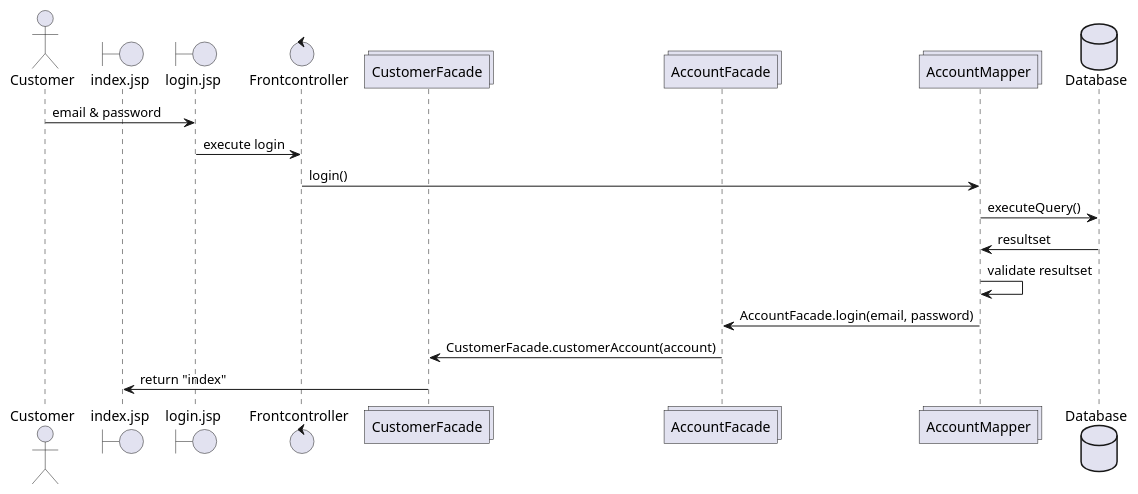
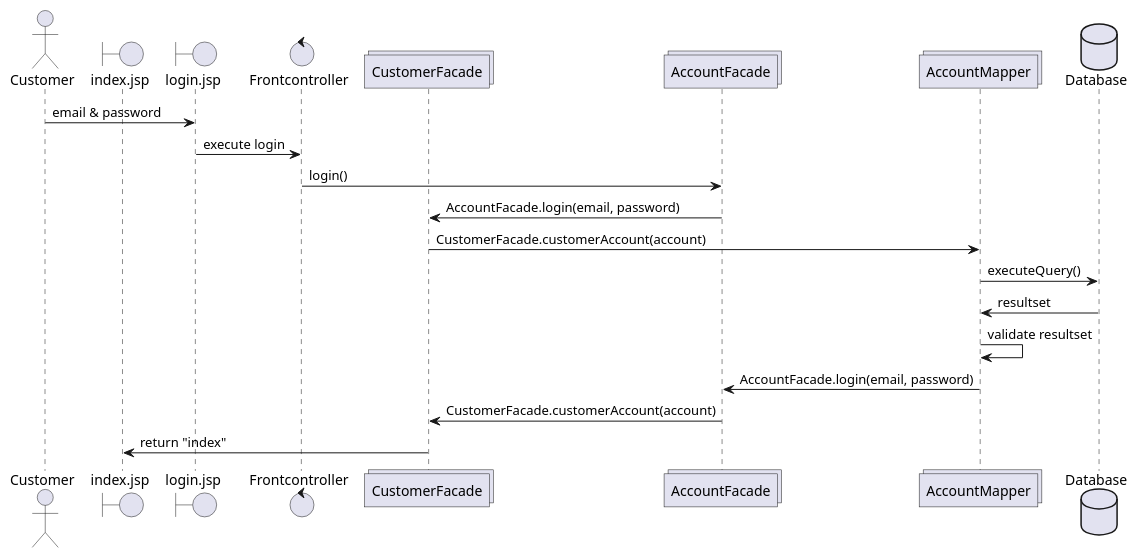
Before and after one commit to coerth/carport: the diagram in src/diagrammer/Sequence-diagram.puml, drawn with PlantUML.

Commit message:
sekvensdiagram opdateret

```diff
--- a/src/diagrammer/Sequence-diagram.puml
+++ b/src/diagrammer/Sequence-diagram.puml
@@ -1,24 +1,26 @@
 @startuml
 
 actor       Customer       as Foo1
 boundary    index.jsp   as Foo8
 boundary    login.jsp    as Foo2
 control     Frontcontroller     as Foo3
 collections CustomerFacade as Foo7
 collections AccountFacade as Foo5
 collections AccountMapper as Foo4
 database    Database    as Foo6
 
 
 
 Foo1 -> Foo2 : email & password
 Foo2 -> Foo3 : execute login
-Foo3 -> Foo4 : login()
+Foo3 -> Foo5 : login()
+Foo5 -> Foo7 : AccountFacade.login(email, password)
+Foo7 -> Foo4 : CustomerFacade.customerAccount(account)
 Foo4 -> Foo6 : executeQuery()
 Foo4 <- Foo6 : resultset
 Foo4 -> Foo4 : validate resultset
 Foo4 -> Foo5 : AccountFacade.login(email, password)
 Foo5 -> Foo7 : CustomerFacade.customerAccount(account)
 Foo7 -> Foo8 : return "index"
 
 @enduml
```
